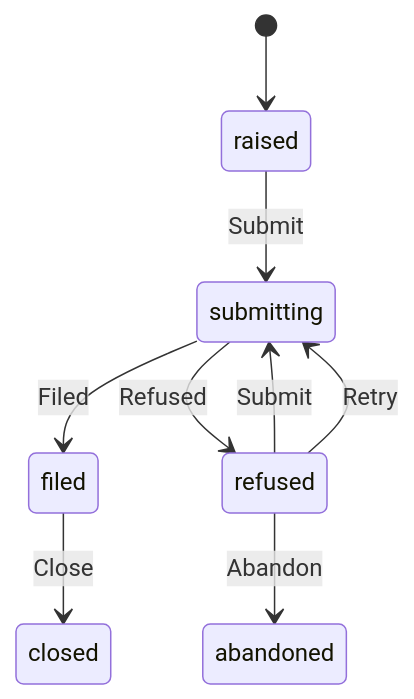
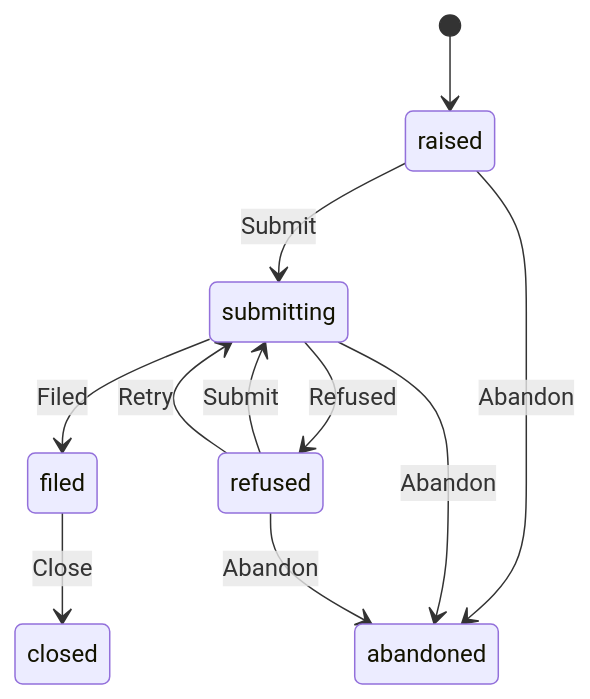
Before and after one commit to heckslabs/hecks: diagram 17 of 17 in qa/glossary/glossary.md, drawn with Mermaid. The commit also changed other lines of this file and 1226 other files, not shown here.

````diff
--- a/qa/glossary/glossary.md
+++ b/qa/glossary/glossary.md
@@ -1288,11 +1417,13 @@
 ```mermaid
 stateDiagram-v2
     [*] --> raised
     raised --> submitting: Submit
     refused --> submitting: Submit
     submitting --> filed: Filed
     submitting --> refused: Refused
     refused --> submitting: Retry
+    raised --> abandoned: Abandon
+    submitting --> abandoned: Abandon
     refused --> abandoned: Abandon
     filed --> closed: Close
 ```
````
